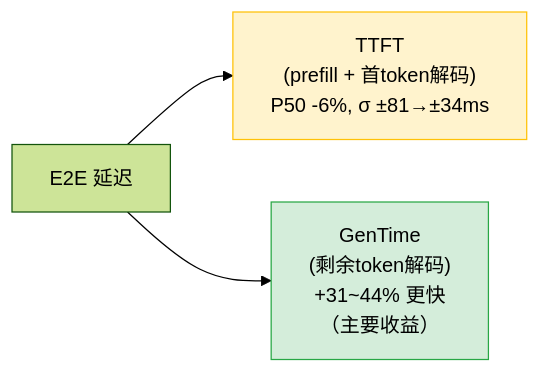
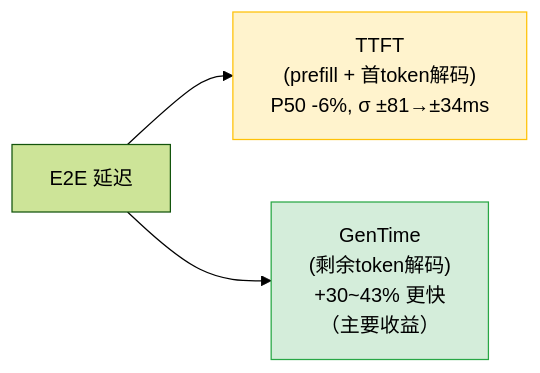
The second of 3 diagrams in Agents/AOAI-Priority-Processing-Benchmark/README-CN.md (david-xinyuwei/david-share), drawn with Mermaid (forest theme) before and after one commit. The commit also changed other lines of this file and 1 other file, not shown here.

Commit message:
Fix TPS/E2E ranges: TPS +35-39% (short), +49-66% (long); E2E -17-27% (short); GenTime +30-43% (merged)

````diff
--- a/Agents/AOAI-Priority-Processing-Benchmark/README-CN.md
+++ b/Agents/AOAI-Priority-Processing-Benchmark/README-CN.md
@@ -98,8 +98,8 @@
 ```mermaid
 flowchart LR
     E2E["E2E 延迟"] --> TTFT["TTFT<br/>(prefill + 首token解码)<br/>P50 -6%, σ ±81→±34ms"]
-    E2E --> GenTime["GenTime<br/>(剩余token解码)<br/>+31~44% 更快<br/>（主要收益）"]
+    E2E --> GenTime["GenTime<br/>(剩余token解码)<br/>+30~43% 更快<br/>（主要收益）"]
     
     style TTFT fill:#fff3cd,stroke:#ffc107
     style GenTime fill:#d4edda,stroke:#28a745
 ```
````
